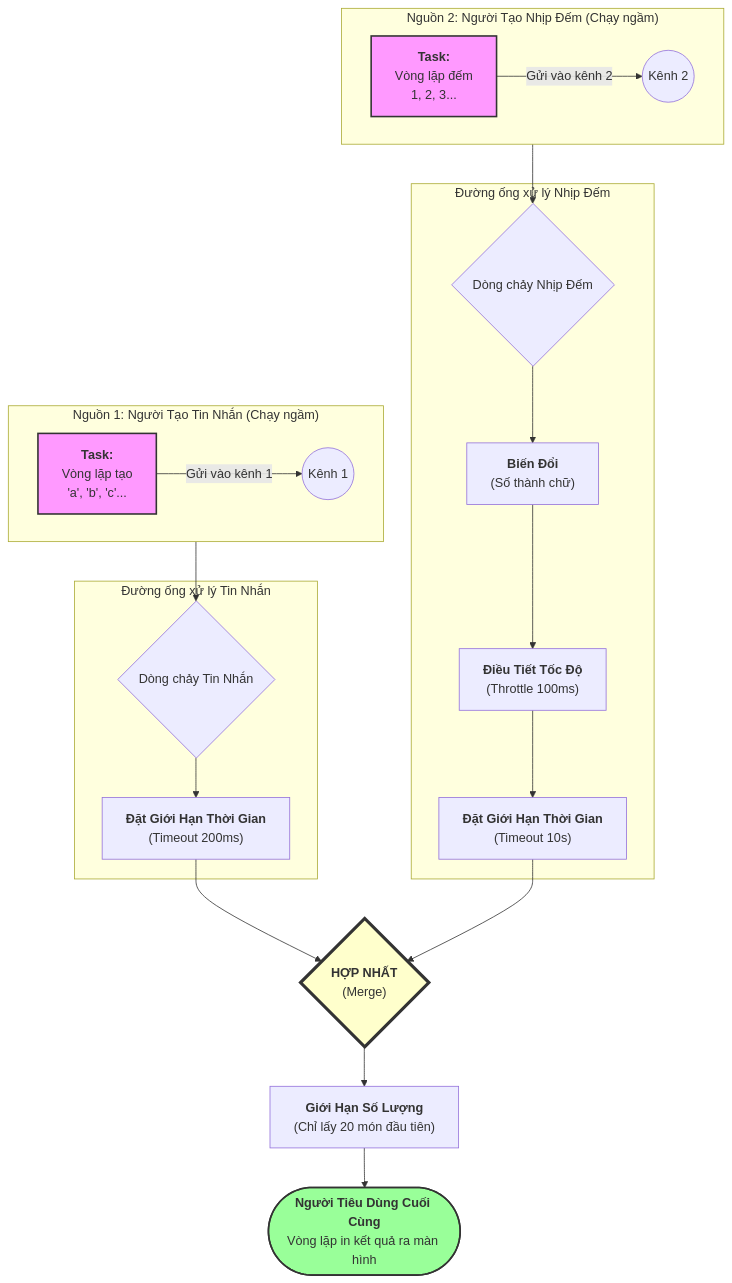
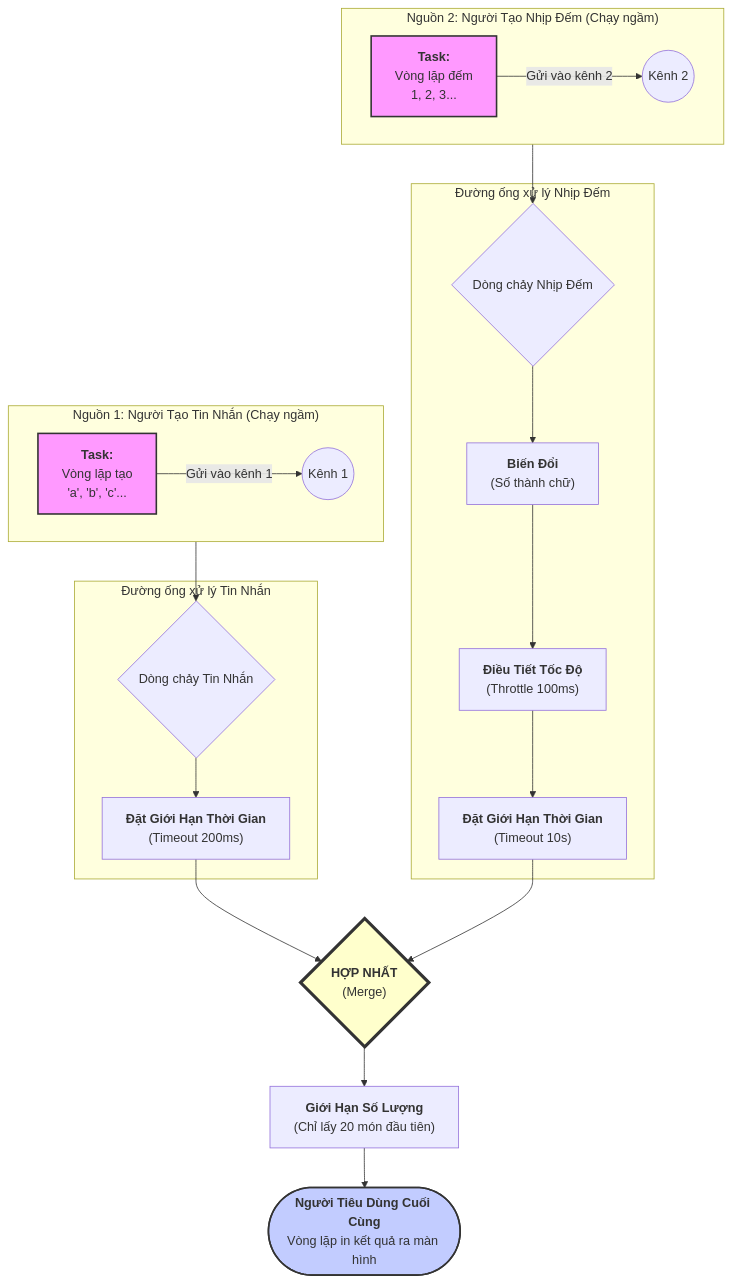
The diagram in MkDocs/docs/Documents/rust_book_17_4_streams/streams.md (dohuyhoang93/LearnRustlings), drawn with Mermaid before and after one commit. The commit also changed other lines of this file and 4 other files, not shown here.

````diff
--- a/MkDocs/docs/Documents/rust_book_17_4_streams/streams.md
+++ b/MkDocs/docs/Documents/rust_book_17_4_streams/streams.md
@@ -228,39 +228,39 @@
 ```mermaid
 graph TD
     subgraph "Nguồn 1: Người Tạo Tin Nhắn (Chạy ngầm)"
         direction LR
         A1[<B>Task:</B><br/>Vòng lặp tạo<br/>'a', 'b', 'c'...] -->|Gửi vào kênh 1| B1((Kênh 1))
     end
 
     subgraph "Nguồn 2: Người Tạo Nhịp Đếm (Chạy ngầm)"
         direction LR
         A2[<B>Task:</B><br/>Vòng lặp đếm<br/>1, 2, 3...] -->|Gửi vào kênh 2| B2((Kênh 2))
     end
 
     B1 --> C1{"Dòng chảy Tin Nhắn"}
     B2 --> C2{"Dòng chảy Nhịp Đếm"}
 
     subgraph "Đường ống xử lý Tin Nhắn"
         C1 --> D1["<B>Đặt Giới Hạn Thời Gian</B><br/>(Timeout 200ms)"]
     end
 
     subgraph "Đường ống xử lý Nhịp Đếm"
         C2 --> D2["<B>Biến Đổi</B><br/>(Số thành chữ)"] --> E2["<B>Điều Tiết Tốc Độ</B><br/>(Throttle 100ms)"] --> F2["<B>Đặt Giới Hạn Thời Gian</B><br/>(Timeout 10s)"]
     end
 
     %% ⚠️ Dòng trống giúp parser không nối liền các node
     D1 --> G{"<B>HỢP NHẤT</B><br/>(Merge)"}
 
     F2 --> G
 
     G --> H["<B>Giới Hạn Số Lượng</B><br/>(Chỉ lấy 20 món đầu tiên)"]
 
     H --> I([<B>Người Tiêu Dùng Cuối Cùng</B><br/>Vòng lặp in kết quả ra màn hình])
 
     %% Styling
     style A1 fill:#f9f,stroke:#333,stroke-width:2px
     style A2 fill:#f9f,stroke:#333,stroke-width:2px
     style G fill:#ffc,stroke:#333,stroke-width:4px
-    style I fill:#9f9,stroke:#333,stroke-width:2px
+    style I fill:#9af9,stroke:#333,stroke-width:2px
 
 ```
````
